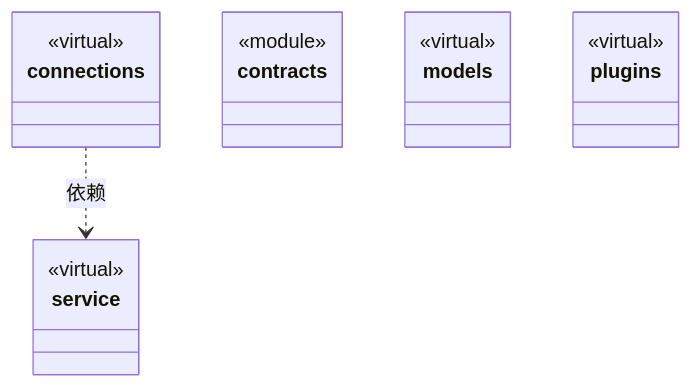
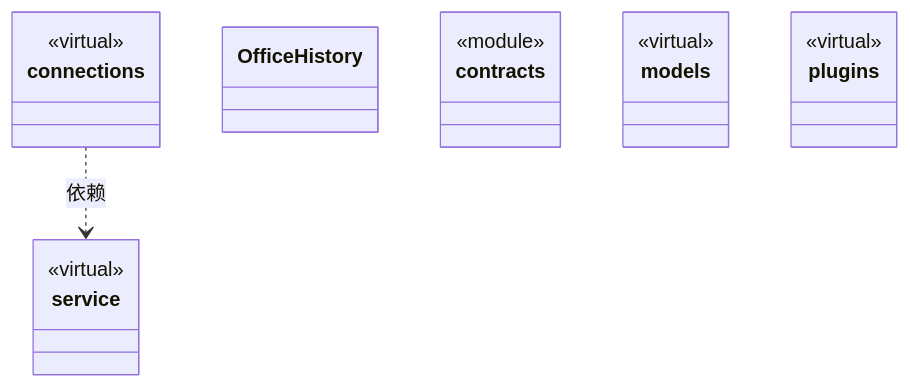
The diagram in src/resource/ARCHITECTURE.md (nan023062/cbim), drawn with Mermaid before and after one commit. The commit also changed other lines of this file and 30 other files, not shown here.

````diff
--- a/src/resource/ARCHITECTURE.md
+++ b/src/resource/ARCHITECTURE.md
@@ -29,24 +33,26 @@
 ```mermaid
 classDiagram
 class N_7a9ef6f11175["connections"] {
   <<virtual>>
 }
 click N_7a9ef6f11175 href "connections/ARCHITECTURE.md"
 class N_4266e8d9865a["service"] {
   <<virtual>>
 }
 click N_4266e8d9865a href "service/ARCHITECTURE.md"
+class N_d4a09f21afee["OfficeHistory"]
+click N_d4a09f21afee href "office-history.ts"
 class N_7c777722dd25["contracts"] {
   <<module>>
 }
 click N_7c777722dd25 href "contracts.ts"
 class N_c2f553d3f354["models"] {
   <<virtual>>
 }
 click N_c2f553d3f354 href "models/ARCHITECTURE.md"
 class N_7efd1d4e6b97["plugins"] {
   <<virtual>>
 }
 click N_7efd1d4e6b97 href "plugins/ARCHITECTURE.md"
 N_7a9ef6f11175 ..> N_4266e8d9865a : 依赖
 ```
````
